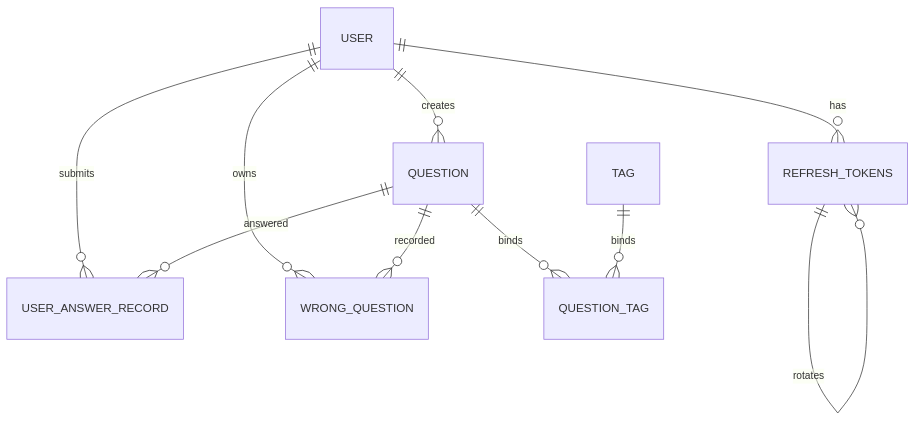
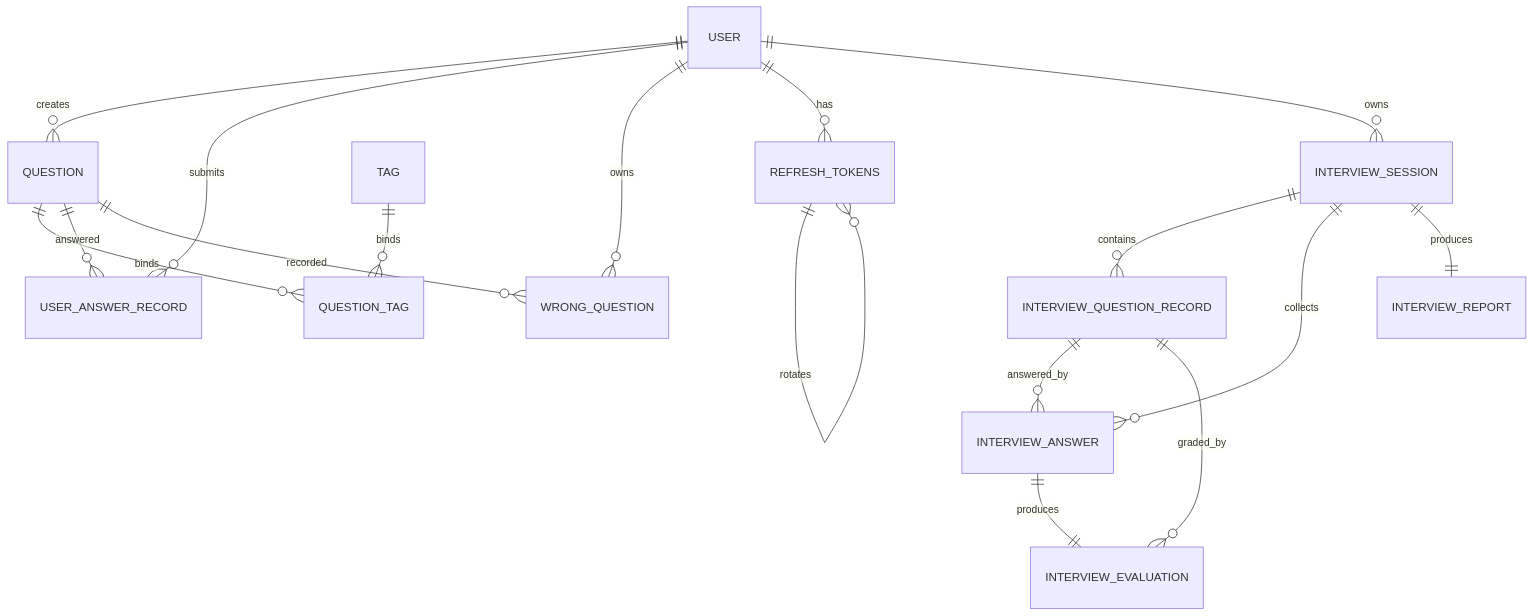
One commit to Glorylife123/java-ai-interview-agent changed the fourth of 4 diagrams in README.md. Above: the diagram before and after it, drawn with Mermaid. The commit also changed other lines of this file and 51 other files, not shown here.

````diff
--- a/README.md
+++ b/README.md
@@ -233,12 +304,19 @@
 ```mermaid
 erDiagram
     USER ||--o{ QUESTION : creates
     USER ||--o{ USER_ANSWER_RECORD : submits
     USER ||--o{ WRONG_QUESTION : owns
     USER ||--o{ REFRESH_TOKENS : has
     QUESTION ||--o{ QUESTION_TAG : binds
     TAG ||--o{ QUESTION_TAG : binds
     QUESTION ||--o{ USER_ANSWER_RECORD : answered
     QUESTION ||--o{ WRONG_QUESTION : recorded
     REFRESH_TOKENS ||--o{ REFRESH_TOKENS : rotates
+    USER ||--o{ INTERVIEW_SESSION : owns
+    INTERVIEW_SESSION ||--o{ INTERVIEW_QUESTION_RECORD : contains
+    INTERVIEW_SESSION ||--o{ INTERVIEW_ANSWER : collects
+    INTERVIEW_SESSION ||--|| INTERVIEW_REPORT : produces
+    INTERVIEW_QUESTION_RECORD ||--o{ INTERVIEW_ANSWER : answered_by
+    INTERVIEW_QUESTION_RECORD ||--o{ INTERVIEW_EVALUATION : graded_by
+    INTERVIEW_ANSWER ||--|| INTERVIEW_EVALUATION : produces
 ```
````
